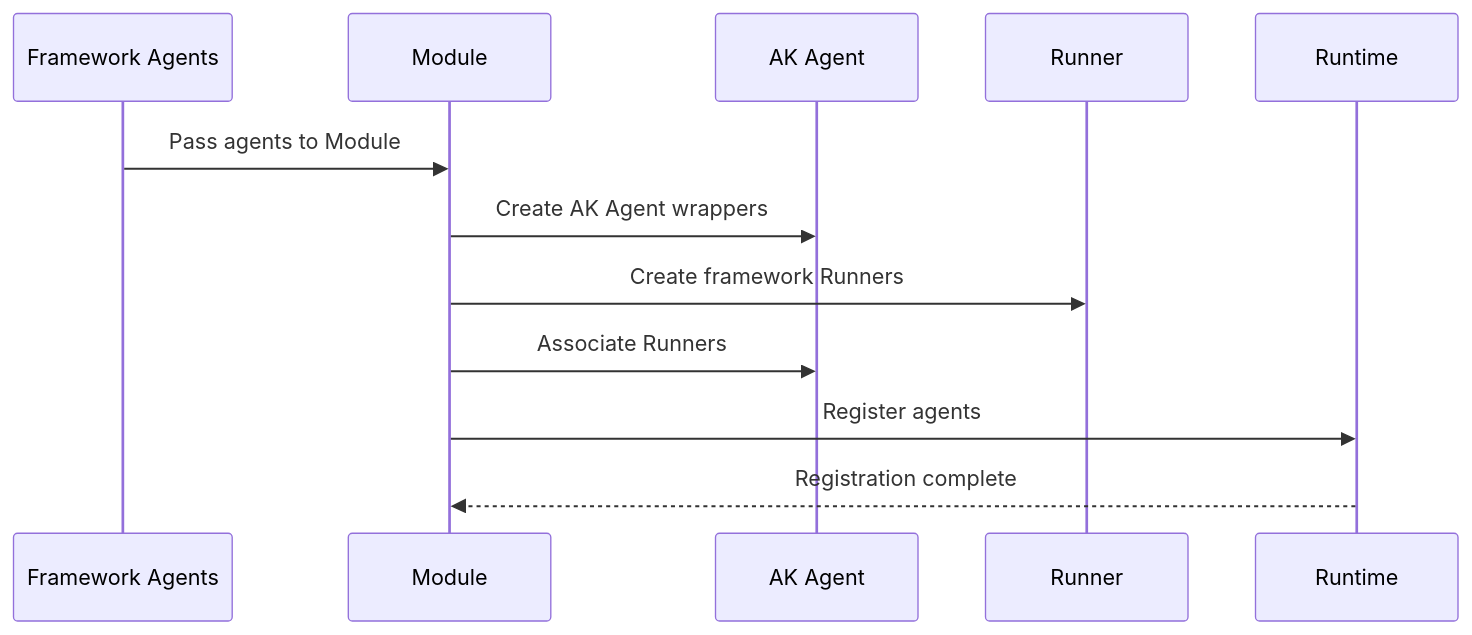
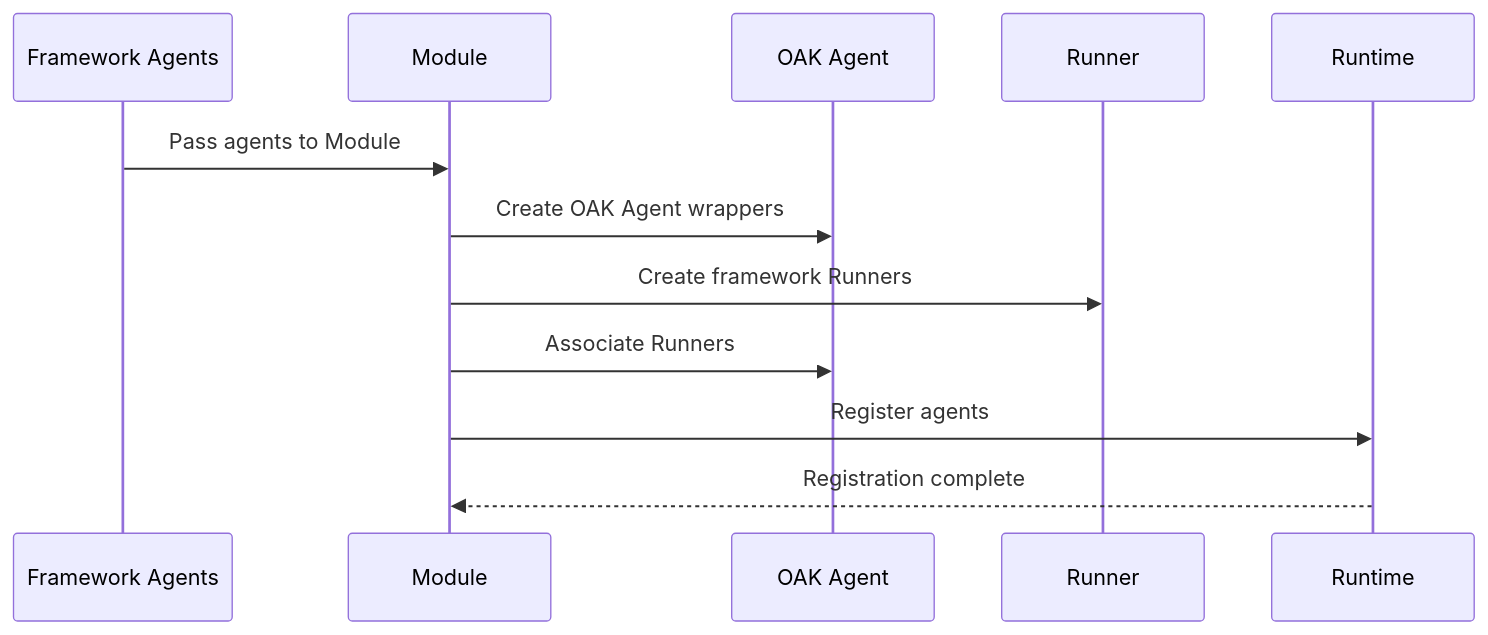
Before and after one commit to yaalalabs/agent-kernel: the second of 2 diagrams in docs/docs/core-concepts/module.md, drawn with Mermaid. The commit also changed other lines of this file and 550 other files, not shown here.

First line of the commit message:
docs: rebrand to Open Agent Kernel (OAK) and redesign the website (#988)

````diff
--- a/docs/docs/core-concepts/module.md
+++ b/docs/docs/core-concepts/module.md
@@ -77,15 +77,15 @@
 ```mermaid
 sequenceDiagram
     participant A as Framework Agents
     participant M as Module
-    participant AK as AK Agent
+    participant OAK as OAK Agent
     participant R as Runner
     participant RT as Runtime
     
     A->>M: Pass agents to Module
-    M->>AK: Create AK Agent wrappers
+    M->>OAK: Create OAK Agent wrappers
     M->>R: Create framework Runners
-    M->>AK: Associate Runners
+    M->>OAK: Associate Runners
     M->>RT: Register agents
     RT-->>M: Registration complete
 ```
````
